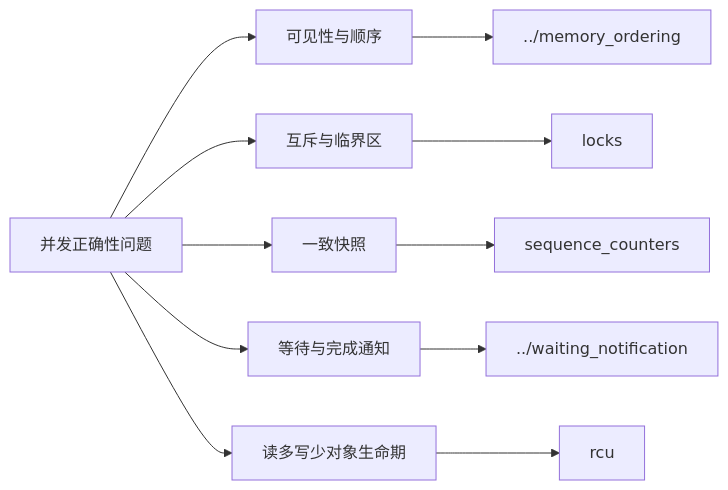
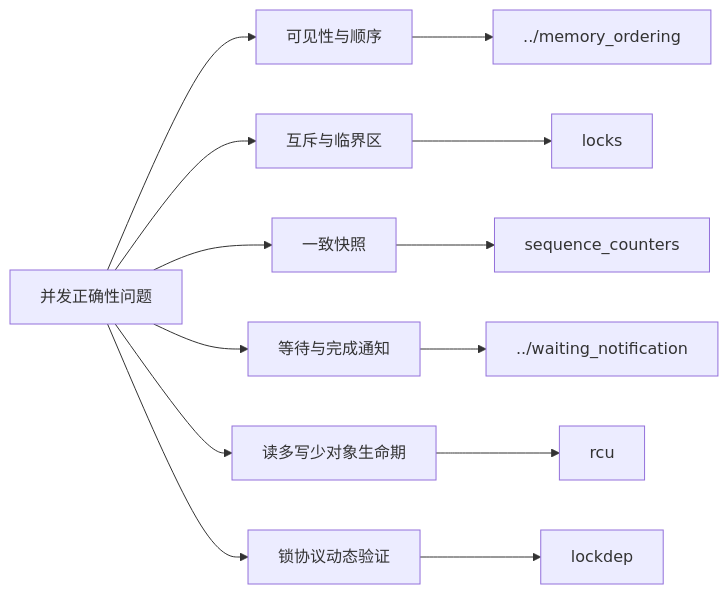
One commit to FormingSystem/linux_note changed the diagram in knowledge/linux/synchronization/大纲.md. Above: the diagram before and after it, drawn with Mermaid. The commit also changed other lines of this file and 7 other files, not shown here.

````diff
--- a/knowledge/linux/synchronization/大纲.md
+++ b/knowledge/linux/synchronization/大纲.md
@@ -17,13 +17,15 @@
 ```mermaid
 flowchart LR
     Q[并发正确性问题] --> O[可见性与顺序]
     Q --> L[互斥与临界区]
     Q --> S[一致快照]
     Q --> W[等待与完成通知]
     Q --> R[读多写少对象生命期]
+    Q --> D[锁协议动态验证]
     O --> MO[../memory_ordering]
     L --> LK[locks]
     S --> SQ[sequence_counters]
     W --> WC[../waiting_notification]
     R --> RCU[rcu]
+    D --> LD[lockdep]
 ```
````
